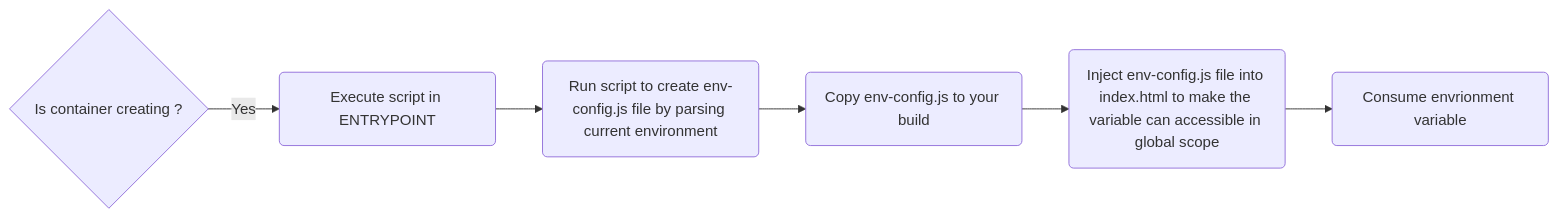
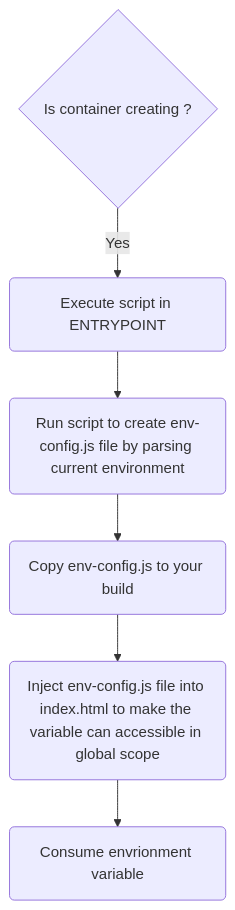
The diagram in ReactJS/deployment/Deploy application with runtime environtment.md (GeminiWind/notes), drawn with Mermaid before and after one commit. The commit also changed 12 other files, not shown here.

````diff
--- a/ReactJS/deployment/Deploy application with runtime environtment.md
+++ b/ReactJS/deployment/Deploy application with runtime environtment.md
@@ -7,4 +7,4 @@
 ```mermaid
-graph LR
+graph TB
 	ContainerCreating{Is container creating ?} -- Yes --> ExecuteEntrypoint(Execute script in ENTRYPOINT) --> CreateEnvConfigFile(Run script to create env-config.js file by parsing current environment) --> CopyEnvConfigFileToBuild(Copy env-config.js to your build) -->InjectEnvConfigFile(Inject env-config.js file into index.html to make the variable can accessible in global scope) --> ConsumeEnvVar(Consume envrionment variable)
 ```
````
